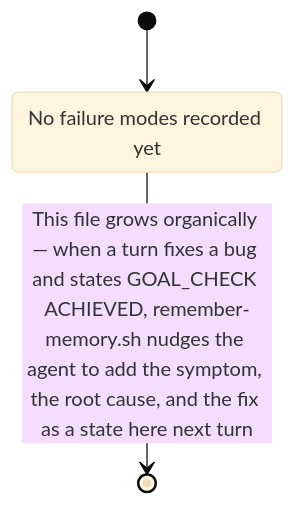
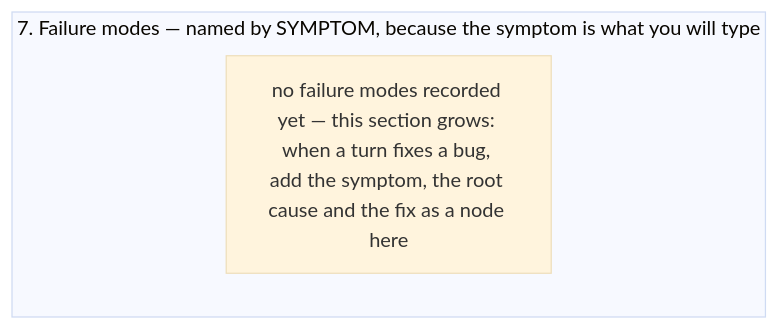
One commit to MohanTn/mohan-dotfiles changed the second of 2 diagrams in agents/skills/ai-memory-init/SKILL.md. Above: the diagram before and after it, drawn with Mermaid (base theme). The commit also changed other lines of this file and 67 other files, not shown here.

Commit message:
chore: reorganize hooks by event, consolidate memory to one diagram

````diff
--- a/agents/skills/ai-memory-init/SKILL.md
+++ b/agents/skills/ai-memory-init/SKILL.md
@@ -193,6 +196,6 @@
 ```mermaid
-stateDiagram-v2
-  [*] --> NoHistory
-  NoHistory: No failure modes recorded yet
-  NoHistory --> [*]: This file grows organically — when a turn fixes a bug and states GOAL_CHECK ACHIEVED, remember-memory.sh nudges the agent to add the symptom, the root cause, and the fix as a state here next turn
+flowchart TD
+  subgraph P7["7. Failure modes — named by SYMPTOM, because the symptom is what you will type"]
+    F1["no failure modes recorded yet — this section grows: when a turn fixes a bug, add the symptom, the root cause and the fix as a node here"]
+  end
 ```
````
